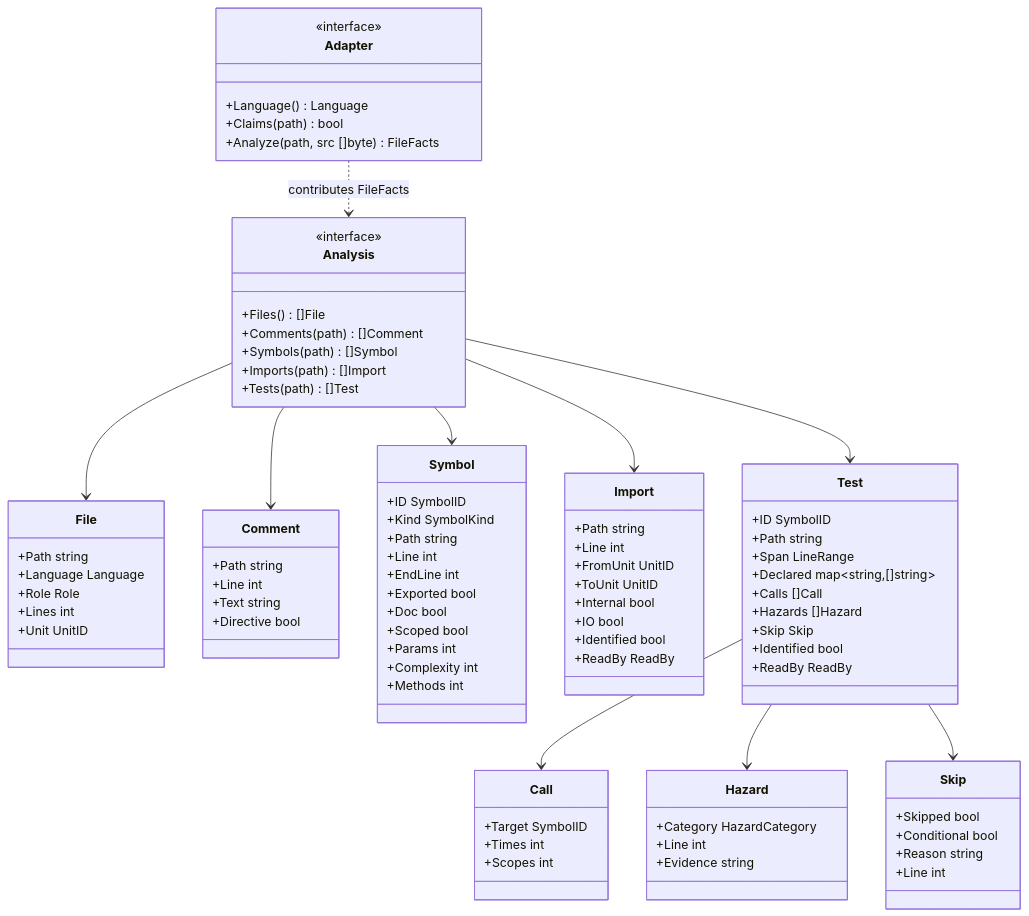
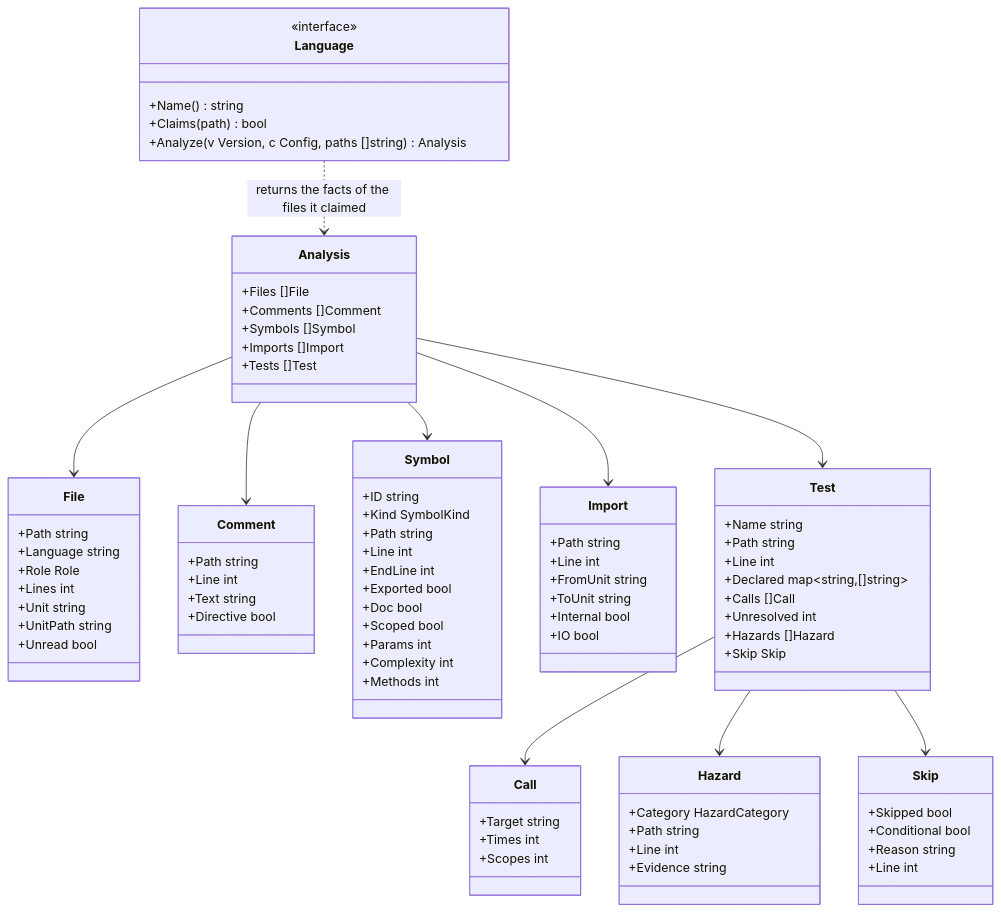
Before and after one commit to rerorets/hadome: the diagram in docs/design/adapters.md, drawn with Mermaid. The commit also changed other lines of this file and 39 other files, not shown here.

````diff
--- a/docs/design/adapters.md
+++ b/docs/design/adapters.md
@@ -22,19 +23,20 @@
 ```mermaid
 classDiagram
   class Analysis {
-    <<interface>>
-    +Files() []File
-    +Comments(path) []Comment
-    +Symbols(path) []Symbol
-    +Imports(path) []Import
-    +Tests(path) []Test
+    +Files []File
+    +Comments []Comment
+    +Symbols []Symbol
+    +Imports []Import
+    +Tests []Test
   }
   class File {
     +Path string
-    +Language Language
+    +Language string
     +Role Role
     +Lines int
-    +Unit UnitID
+    +Unit string
+    +UnitPath string
+    +Unread bool
   }
   class Comment {
     +Path string
@@ -43,7 +45,7 @@
     +Directive bool
   }
   class Symbol {
-    +ID SymbolID
+    +ID string
     +Kind SymbolKind
     +Path string
     +Line int
@@ -58,31 +60,29 @@
   class Import {
     +Path string
     +Line int
-    +FromUnit UnitID
-    +ToUnit UnitID
+    +FromUnit string
+    +ToUnit string
     +Internal bool
     +IO bool
-    +Identified bool
-    +ReadBy ReadBy
   }
   class Test {
-    +ID SymbolID
+    +Name string
     +Path string
-    +Span LineRange
+    +Line int
     +Declared map~string,[]string~
     +Calls []Call
+    +Unresolved int
     +Hazards []Hazard
     +Skip Skip
-    +Identified bool
-    +ReadBy ReadBy
   }
   class Call {
-    +Target SymbolID
+    +Target string
     +Times int
     +Scopes int
   }
   class Hazard {
     +Category HazardCategory
+    +Path string
     +Line int
     +Evidence string
   }
@@ -92,11 +92,11 @@
     +Reason string
     +Line int
   }
-  class Adapter {
+  class Language {
     <<interface>>
-    +Language() Language
+    +Name() string
     +Claims(path) bool
-    +Analyze(path, src []byte) FileFacts
+    +Analyze(v Version, c Config, paths []string) Analysis
   }
   Analysis --> File
   Analysis --> Comment
@@ -106,5 +106,5 @@
   Test --> Call
   Test --> Hazard
   Test --> Skip
-  Adapter ..> Analysis : contributes FileFacts
+  Language ..> Analysis : returns the facts of the files it claimed
 ```
````
